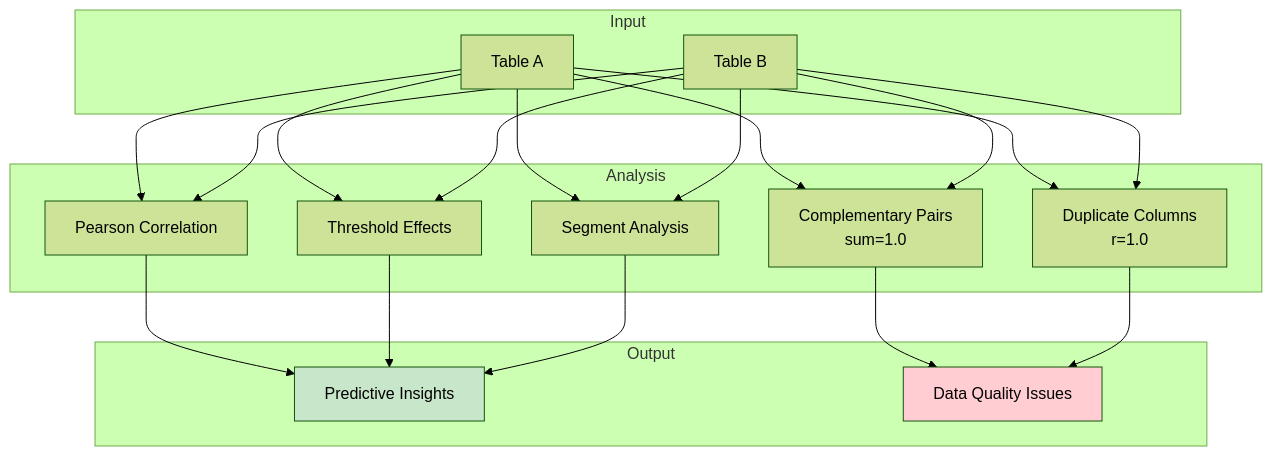
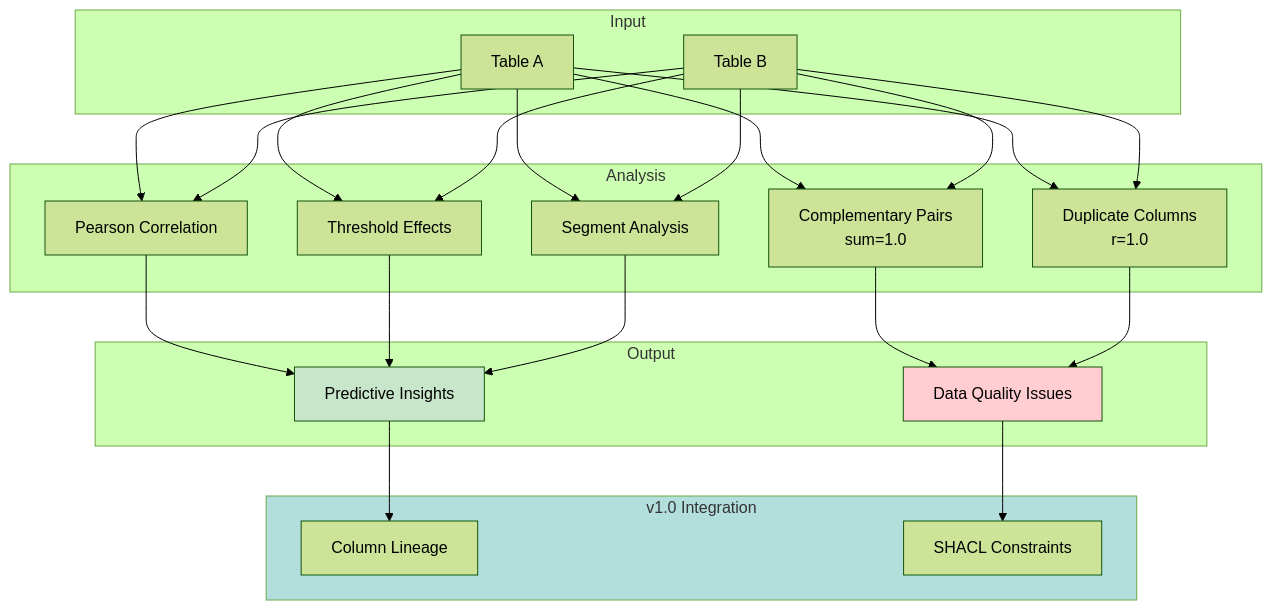
One commit to sabill123/ontology changed the fourth of 10 diagrams in docs/diagrams/README.md. Above: the diagram before and after it, drawn with Mermaid (forest theme). The commit also changed other lines of this file and 176 other files, not shown here.

````diff
--- a/docs/diagrams/README.md
+++ b/docs/diagrams/README.md
@@ -101,28 +156,36 @@
 ```mermaid
 graph TD
     subgraph Input
         T1[Table A]
         T2[Table B]
     end
 
     subgraph Analysis
         PC[Pearson Correlation]
         CP[Complementary Pairs<br/>sum=1.0]
         DC[Duplicate Columns<br/>r=1.0]
         TE[Threshold Effects]
         SA[Segment Analysis]
     end
 
+    subgraph V16_Integration["v1.0 Integration"]
+        LIN[Column Lineage]
+        SHACL[SHACL Constraints]
+    end
+
     subgraph Output
         PI[Predictive Insights]
         DQ[Data Quality Issues]
     end
 
     T1 & T2 --> PC & CP & DC & TE & SA
     PC --> PI
     CP & DC --> DQ
     TE & SA --> PI
+    PI --> LIN
+    DQ --> SHACL
 
     style PI fill:#c8e6c9
     style DQ fill:#ffcdd2
+    style V16_Integration fill:#b2dfdb
 ```
````
